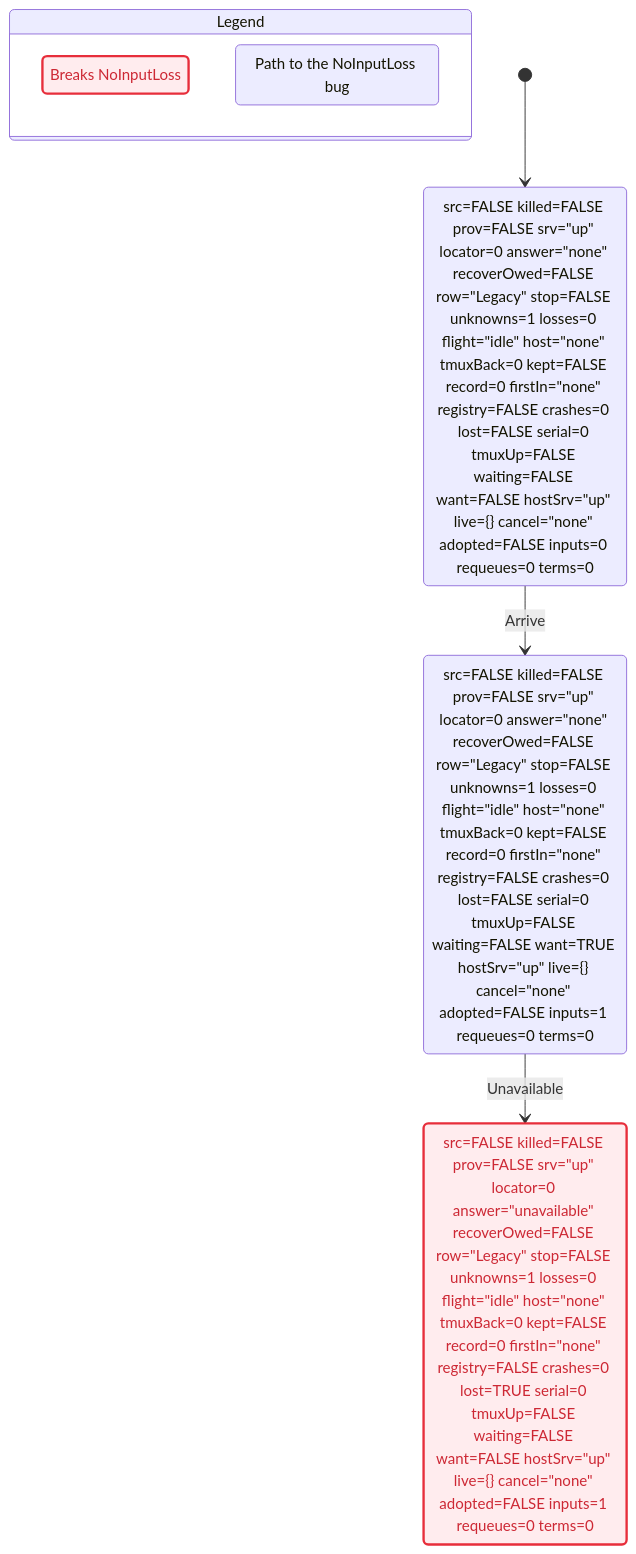
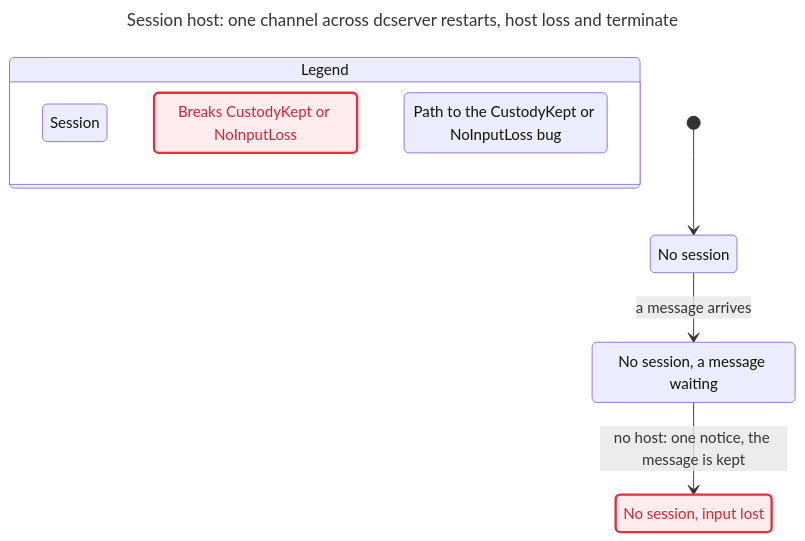
The diagram in docs/statecharts/session-host/session-host-err-consumes.chart.mmd (itismyfield/AgentDesk), drawn with Mermaid before and after one commit. The commit also changed 57 other files, not shown here.

```diff
--- a/docs/statecharts/session-host/session-host-err-consumes.chart.mmd
+++ b/docs/statecharts/session-host/session-host-err-consumes.chart.mmd
@@ -1,18 +1,26 @@
+---
+title: "Session host: one channel across dcserver restarts, host loss and terminate"
+---
 stateDiagram-v2
   state "Legend" as legend {
-    lg0: Breaks NoInputLoss
-    lg1: Path to the NoInputLoss bug
+    lg0: Session
+    lg1: Breaks CustodyKept or NoInputLoss
+    lg2: Path to the CustodyKept or NoInputLoss bug
   }
-  class lg0 breaks
-  class lg1 bugPath
-  s0: src=FALSE killed=FALSE prov=FALSE srv="up" locator=0 answer="none" recoverOwed=FALSE row="Legacy" stop=FALSE unknowns=1 losses=0 flight="idle" host="none" tmuxBack=0 kept=FALSE record=0 firstIn="none" registry=FALSE crashes=0 lost=FALSE serial=0 tmuxUp=FALSE waiting=FALSE want=FALSE hostSrv="up" live={} cancel="none" adopted=FALSE inputs=0 requeues=0 terms=0
-  s1: src=FALSE killed=FALSE prov=FALSE srv="up" locator=0 answer="none" recoverOwed=FALSE row="Legacy" stop=FALSE unknowns=1 losses=0 flight="idle" host="none" tmuxBack=0 kept=FALSE record=0 firstIn="none" registry=FALSE crashes=0 lost=FALSE serial=0 tmuxUp=FALSE waiting=FALSE want=TRUE hostSrv="up" live={} cancel="none" adopted=FALSE inputs=1 requeues=0 terms=0
-  s2: src=FALSE killed=FALSE prov=FALSE srv="up" locator=0 answer="unavailable" recoverOwed=FALSE row="Legacy" stop=FALSE unknowns=1 losses=0 flight="idle" host="none" tmuxBack=0 kept=FALSE record=0 firstIn="none" registry=FALSE crashes=0 lost=TRUE serial=0 tmuxUp=FALSE waiting=FALSE want=FALSE hostSrv="up" live={} cancel="none" adopted=FALSE inputs=1 requeues=0 terms=0
+  class lg0 teal
+  class lg1 breaks
+  class lg2 bugPath
+  s0: No session
+  s1: No session, a message waiting
+  s2: No session, input lost
   [*] --> s0
-  s0 --> s1: Arrive
-  s1 --> s2: Unavailable
+  s0 --> s1: a message arrives
+  s1 --> s2: no host: one notice, the message is kept
   classDef breaks fill:#ffecee,stroke:#e72e3b,stroke-width:2.5px,color:#cd2834
+  class s0 teal
   class s0 bugPath
+  class s1 teal
   class s1 bugPath
+  class s2 teal
   class s2 breaks
   class s2 bugPath
```
